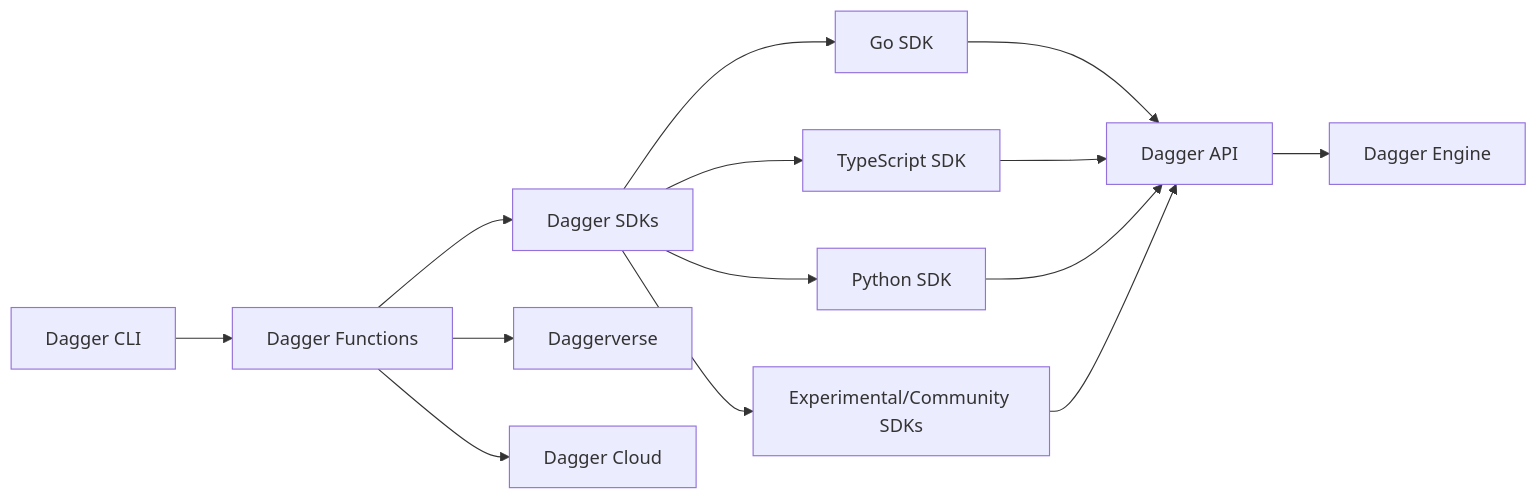
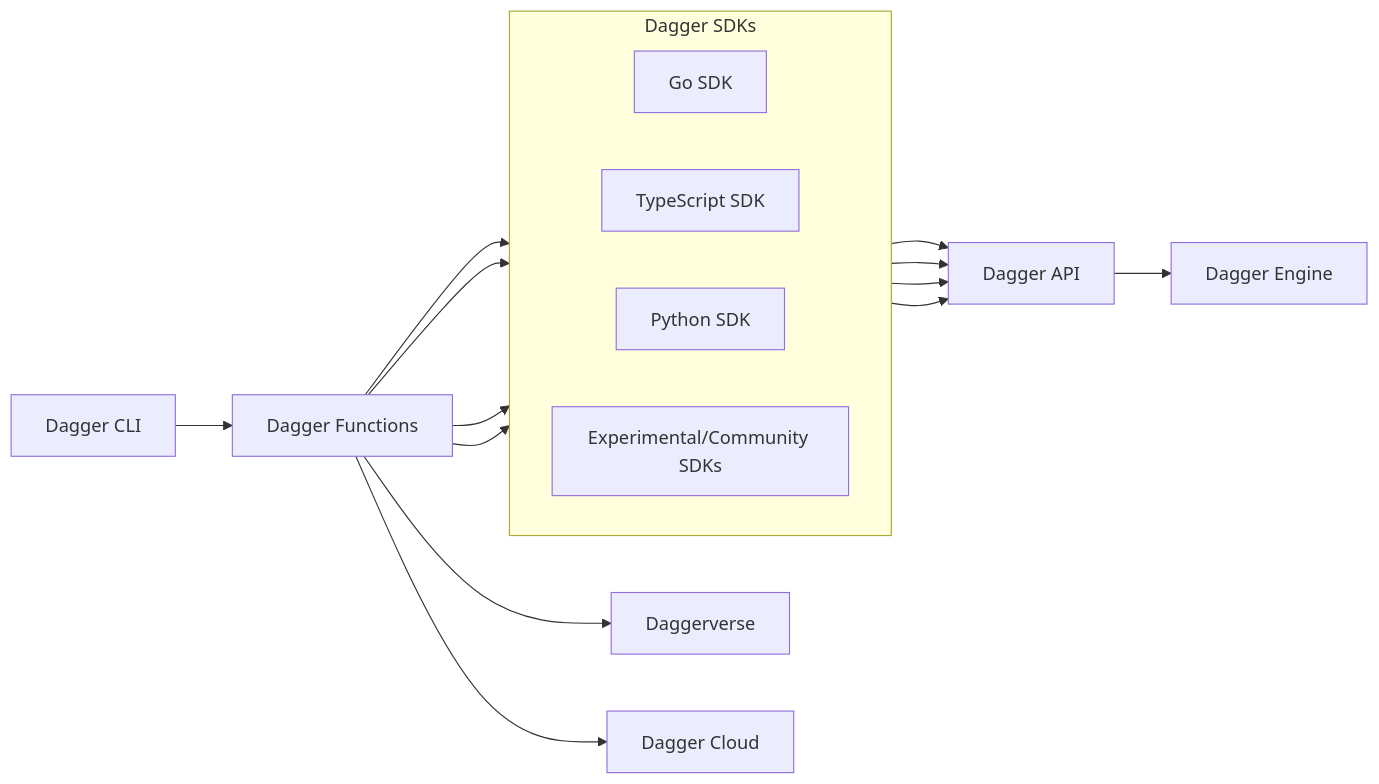
The diagram in docs/current_docs/manual/index.mdx (dagger/dagger), drawn with Mermaid before and after one commit. The commit also changed 1 other file, not shown here.

Commit message:
Update diagram

````diff
--- a/docs/current_docs/manual/index.mdx
+++ b/docs/current_docs/manual/index.mdx
@@ -19,18 +19,25 @@
 ```mermaid
 graph LR
     A[Dagger CLI] --> B[Dagger Functions]
-    B --> C[Dagger SDKs]
     D --> E[Dagger Engine]
     B --> F[Daggerverse]
     B --> G[Dagger Cloud]
 
-    C --> H[Go SDK]
-    C --> I[TypeScript SDK]
-    C --> J[Python SDK]
-    C --> K[Experimental/Community SDKs]
+    subgraph C[Dagger SDKs]
+      direction LR
+      H[Go SDK]
+      I[TypeScript SDK]
+      J[Python SDK]
+      K[Experimental/Community SDKs]
+    end
+
+    B --> H
+    B --> I
+    B --> J
+    B --> K
 
     H --> D[Dagger API]
     I --> D
     J --> D
     K --> D
 ```
````
